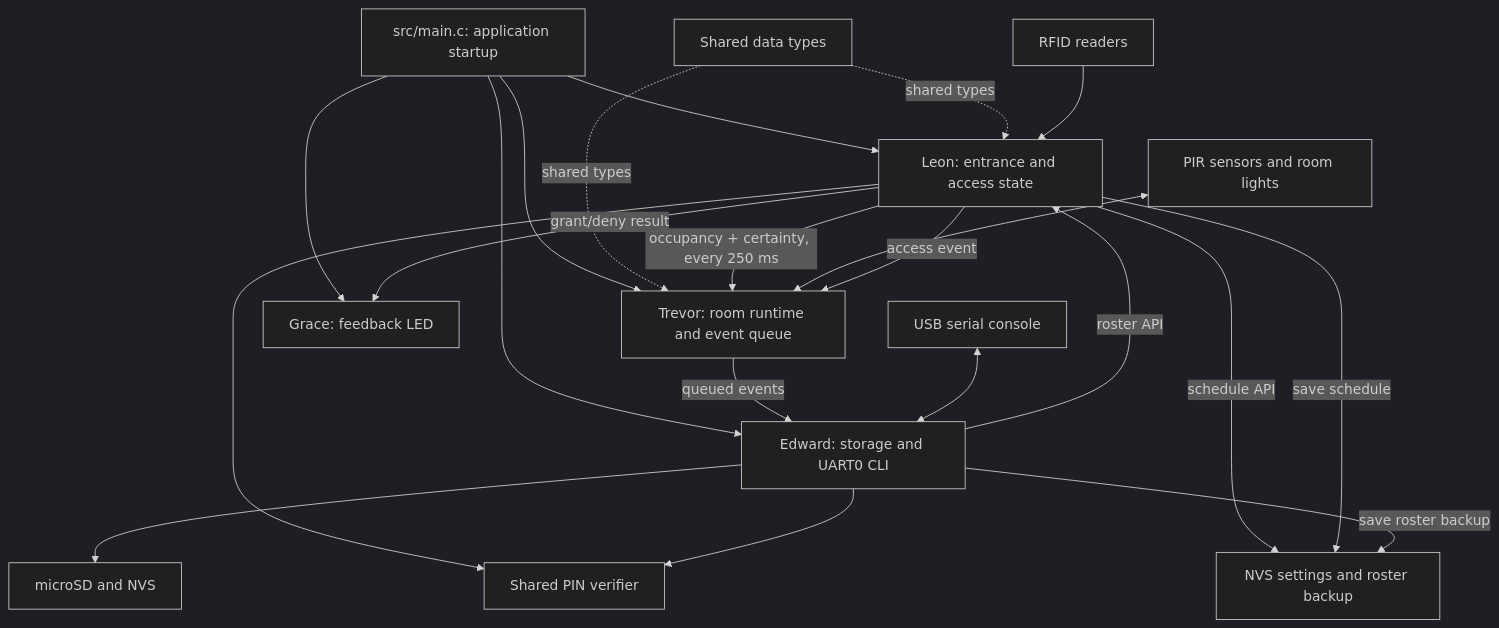
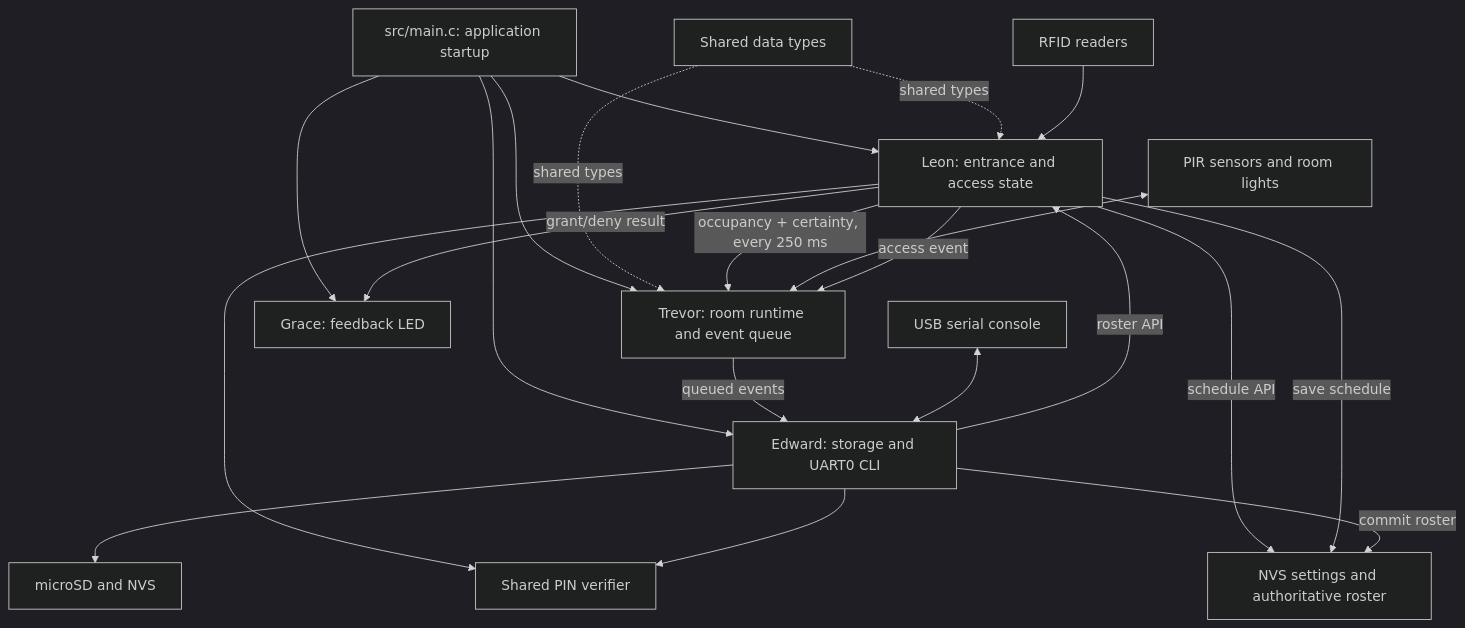
One commit to ledge-stack/Embedded-Course-Work changed the diagram in docs/MODULE_INTEGRATION_GUIDE.md. Above: the diagram before and after it, drawn with Mermaid (dark theme). The commit also changed other lines of this file and 23 other files, not shown here.

````diff
--- a/docs/MODULE_INTEGRATION_GUIDE.md
+++ b/docs/MODULE_INTEGRATION_GUIDE.md
@@ -9,35 +9,35 @@
 ```mermaid
 flowchart TD
     START[src/main.c: application startup]
     LEON[Leon: entrance and access state]
     TREVOR[Trevor: room runtime and event queue]
     EDWARD[Edward: storage and UART0 CLI]
     GRACE[Grace: feedback LED]
     AUTH[Shared PIN verifier]
     COMMON[Shared data types]
-    N[NVS settings and roster backup]
+    N[NVS settings and authoritative roster]
     CARD[RFID readers]
     ROOM[PIR sensors and room lights]
     SD[microSD and NVS]
     CONSOLE[USB serial console]
     START --> LEON
     START --> TREVOR
     START --> EDWARD
     START --> GRACE
     COMMON -. shared types .-> LEON
     COMMON -. shared types .-> TREVOR
     CARD --> LEON
     LEON -->|grant/deny result| GRACE
     LEON -->|occupancy + certainty, every 250 ms| TREVOR
     ROOM <--> TREVOR
     LEON -->|access event| TREVOR
     TREVOR -->|queued events| EDWARD
     EDWARD --> SD
     LEON -->|schedule API| N
     EDWARD -->|roster API| LEON
     LEON --> AUTH
     EDWARD --> AUTH
     LEON -->|save schedule| N
-    EDWARD -->|save roster backup| N
+    EDWARD -->|commit roster| N
     CONSOLE <--> EDWARD
 ```
````
